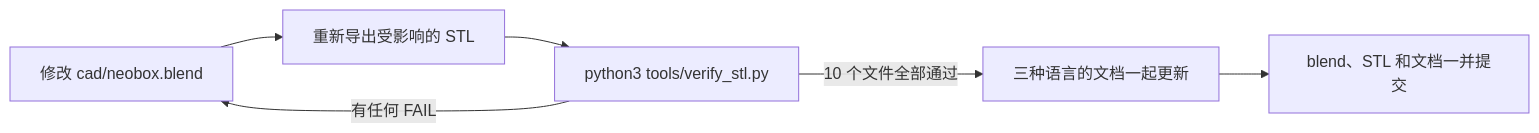
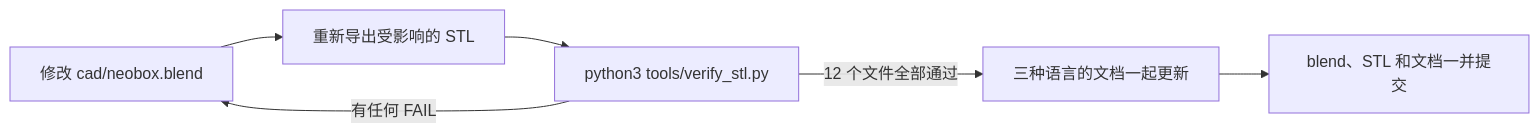
One commit to Neoanaloglab/Neobox changed the diagram in docs/design.zh-CN.md. Above: the diagram before and after it, drawn with Mermaid. The commit also changed other lines of this file and 44 other files, not shown here.

````diff
--- a/docs/design.zh-CN.md
+++ b/docs/design.zh-CN.md
@@ -384,8 +415,8 @@
 ```mermaid
 flowchart LR
   A[修改 cad/neobox.blend] --> B[重新导出受影响的 STL]
   B --> C[python3 tools/verify_stl.py]
-  C -->|10 个文件全部通过| D[三种语言的文档一起更新]
+  C -->|12 个文件全部通过| D[三种语言的文档一起更新]
   C -->|有任何 FAIL| A
   D --> E[blend、STL 和文档一并提交]
 ```
````
